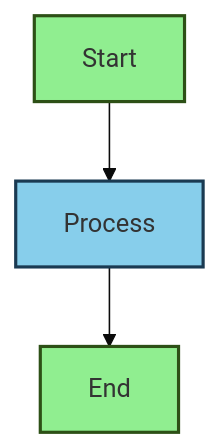
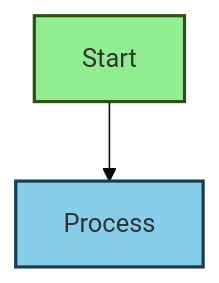
One commit to arunnambyar/tutorials changed diagram 29 of 31 in mermaid/docs/flowchart.md. Above: the diagram before and after it, drawn with Mermaid (base theme). The commit also changed other lines of this file and 3 other files, not shown here.

Commit message:
Mermaid configuration dcumentation added

````diff
--- a/mermaid/docs/flowchart.md
+++ b/mermaid/docs/flowchart.md
@@ -273,7 +790,7 @@
 ```mermaid
 flowchart TD
-    A[Start]:::success --> B[Process]:::info --> C[End]:::success
+    A[Start]:::success --> B[Process]:::info
     
     classDef success fill:#90EE90,stroke:#2d5016,stroke-width:2px
     classDef info fill:#87CEEB,stroke:#1a3a52,stroke-width:2px
 ```
````
